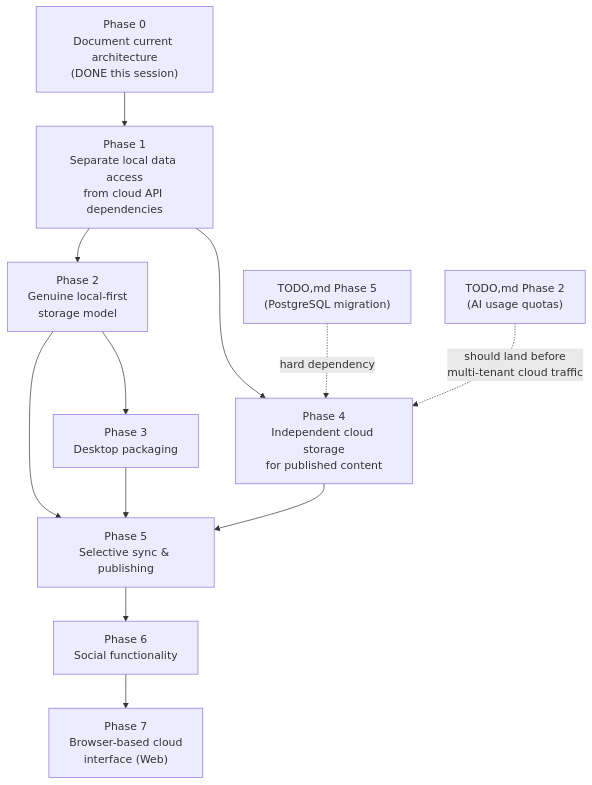
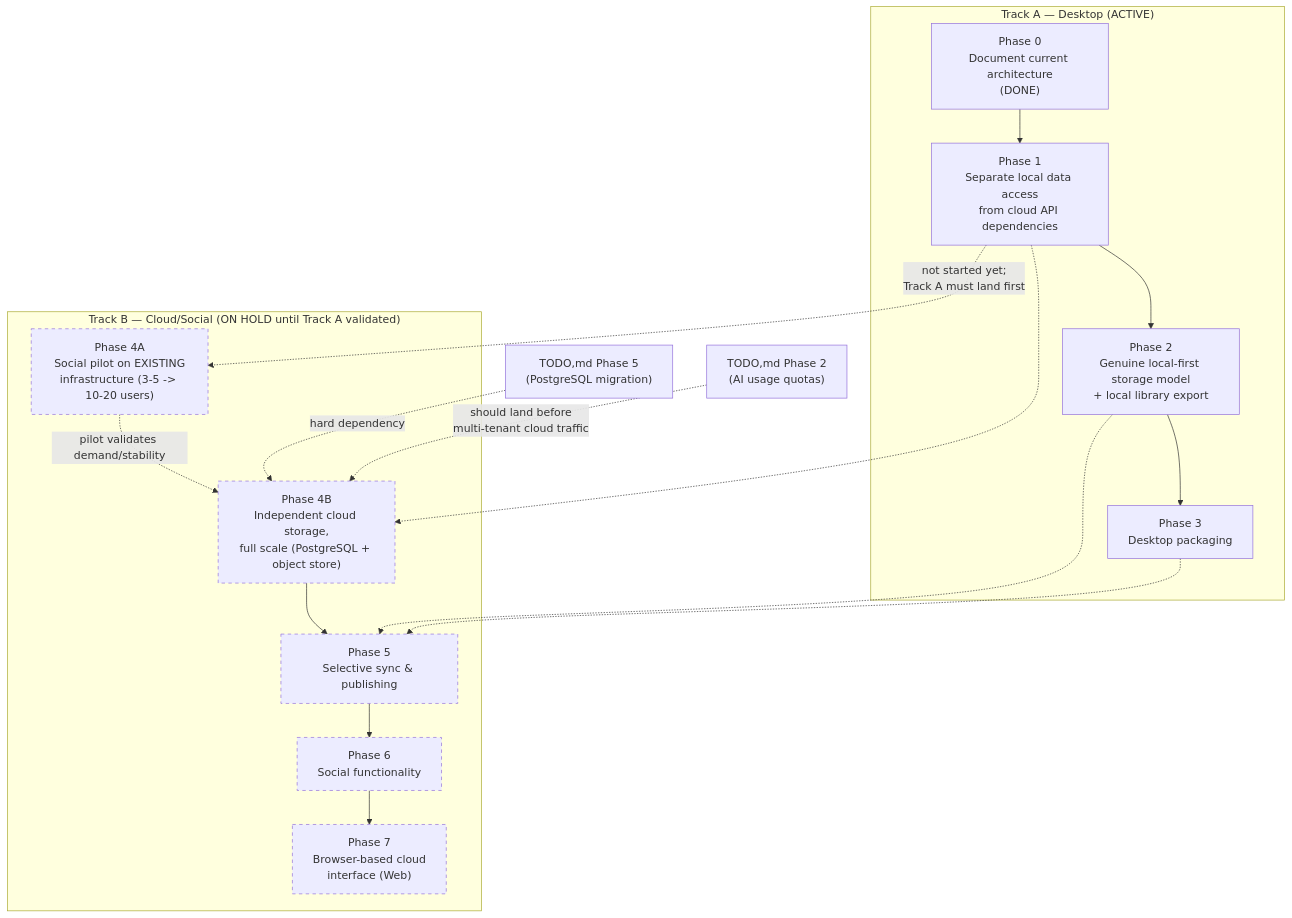
The diagram in MIGRATION-PLAN.md (amc9002/PhotoLibApp-v3), drawn with Mermaid before and after one commit. The commit also changed other lines of this file, not shown here.

Commit message:
docs: update Local-first Desktop migration plan with pilot sizing and security follow-ups

````diff
--- a/MIGRATION-PLAN.md
+++ b/MIGRATION-PLAN.md
@@ -40,21 +52,34 @@
 ```mermaid
 graph TD
-    P0["Phase 0\nDocument current architecture\n(DONE this session)"]
-    P1["Phase 1\nSeparate local data access\nfrom cloud API dependencies"]
-    P2["Phase 2\nGenuine local-first\nstorage model"]
-    P3["Phase 3\nDesktop packaging"]
-    P4["Phase 4\nIndependent cloud storage\nfor published content"]
-    P5["Phase 5\nSelective sync & publishing"]
-    P6["Phase 6\nSocial functionality"]
-    P7["Phase 7\nBrowser-based cloud\ninterface (Web)"]
+    subgraph TrackA["Track A — Desktop (ACTIVE)"]
+        P0["Phase 0\nDocument current architecture\n(DONE)"]
+        P1["Phase 1\nSeparate local data access\nfrom cloud API dependencies"]
+        P2["Phase 2\nGenuine local-first storage model\n+ local library export"]
+        P3["Phase 3\nDesktop packaging"]
+        P0 --> P1 --> P2 --> P3
+    end
 
-    P0 --> P1 --> P2 --> P3
-    P1 --> P4
-    P2 --> P5
-    P3 --> P5
-    P4 --> P5
-    P5 --> P6 --> P7
+    subgraph TrackB["Track B — Cloud/Social (ON HOLD until Track A validated)"]
+        P4A["Phase 4A\nSocial pilot on EXISTING\ninfrastructure (3-5 -> 10-20 users)"]
+        P4B["Phase 4B\nIndependent cloud storage,\nfull scale (PostgreSQL + object store)"]
+        P5["Phase 5\nSelective sync & publishing"]
+        P6["Phase 6\nSocial functionality"]
+        P7["Phase 7\nBrowser-based cloud\ninterface (Web)"]
+        P4A -.->|"pilot validates demand/stability"| P4B
+        P4B --> P5 --> P6 --> P7
+    end
 
-    TODOp5["TODO,md Phase 5\n(PostgreSQL migration)"] -.->|"hard dependency"| P4
-    TODOp2["TODO,md Phase 2\n(AI usage quotas)"] -.->|"should land before\nmulti-tenant cloud traffic"| P4
+    P1 -.->|"not started yet;\nTrack A must land first"| P4A
+    P1 -.-> P4B
+    P2 -.-> P5
+    P3 -.-> P5
+
+    TODOp5["TODO,md Phase 5\n(PostgreSQL migration)"] -.->|"hard dependency"| P4B
+    TODOp2["TODO,md Phase 2\n(AI usage quotas)"] -.->|"should land before\nmulti-tenant cloud traffic"| P4B
+
+    style P4A stroke-dasharray: 5 5
+    style P4B stroke-dasharray: 5 5
+    style P5 stroke-dasharray: 5 5
+    style P6 stroke-dasharray: 5 5
+    style P7 stroke-dasharray: 5 5
 ```
````
